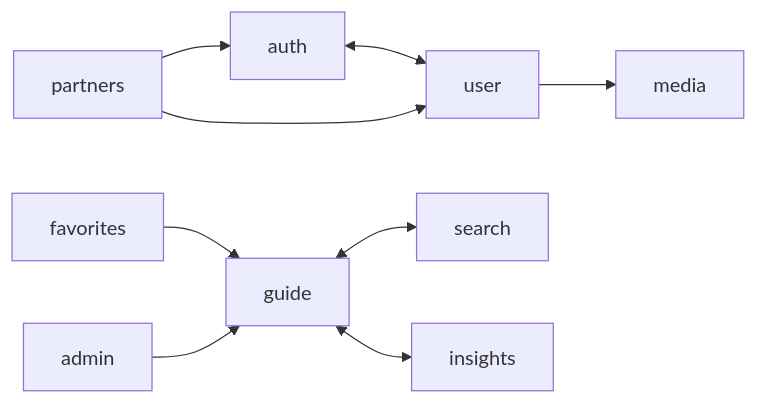
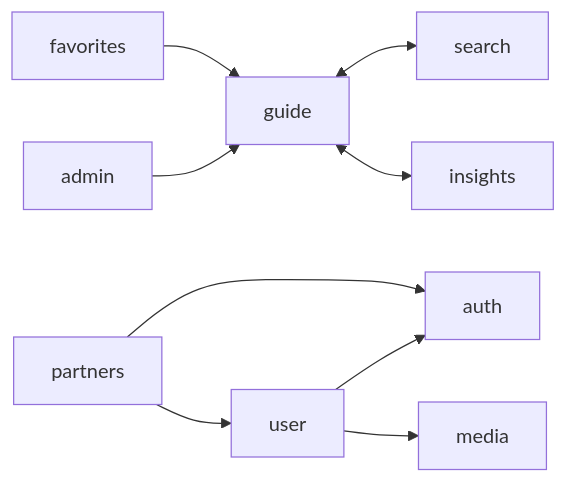
One commit to heliuscozinhacontemporanea-ai/Use-guide-Claud changed the second of 3 diagrams in docs/arquitetura/02-grafo-dependencias.md. Above: the diagram before and after it, drawn with Mermaid. The commit also changed other lines of this file and 2 other files, not shown here.

First line of the commit message:
docs: B77 e B65 resolvidos no PR #33 (auth só com a sessão)

````diff
--- a/docs/arquitetura/02-grafo-dependencias.md
+++ b/docs/arquitetura/02-grafo-dependencias.md
@@ -157,11 +159,11 @@
 ```mermaid
 graph LR
-  auth <--> user
+  user --> auth
   favorites --> guide
   guide <--> search
   guide <--> insights
   user --> media
   partners --> auth
   partners --> user
   admin --> guide
 ```
````
